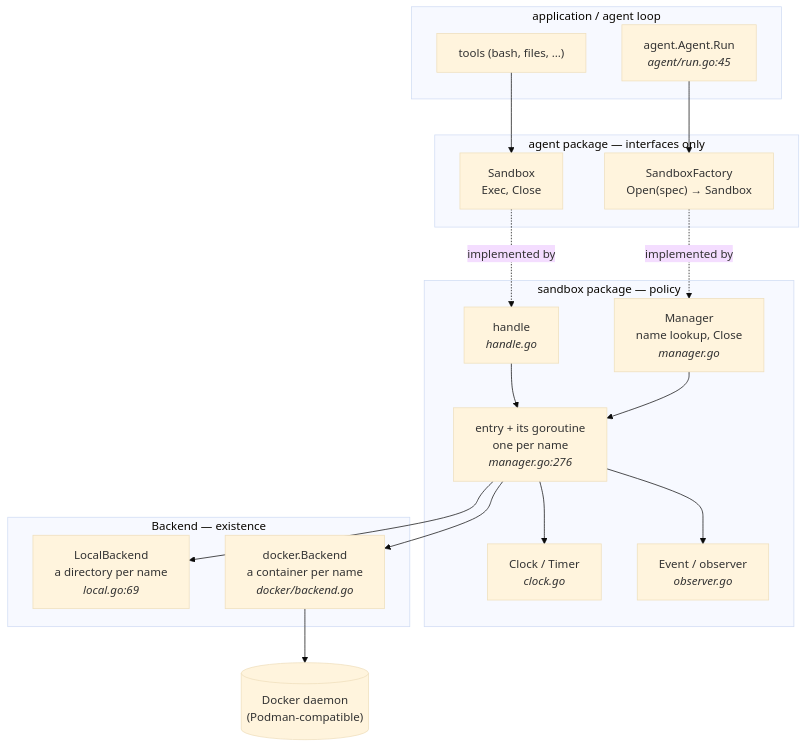
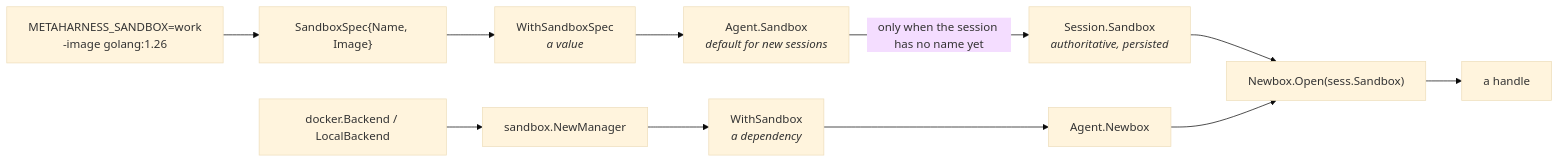
Before and after one commit to maikdotfi/metaharness: the first of 6 diagrams in docs/sandbox.md, drawn with Mermaid (base theme). The commit also changed other lines of this file, not shown here.

````diff
--- a/docs/sandbox.md
+++ b/docs/sandbox.md
@@ -24,37 +207,15 @@
 ```mermaid
-flowchart TB
-    subgraph app["application / agent loop"]
-        loop["agent.Agent.Run<br/><i>agent/run.go:45</i>"]
-        tools["tools (bash, files, …)"]
-    end
+flowchart LR
+    ENV["METAHARNESS_SANDBOX=work<br/>-image golang:1.26"] --> SPEC["SandboxSpec{Name, Image}"]
+    SPEC --> WSS["WithSandboxSpec<br/><i>a value</i>"]
+    WSS --> AS["Agent.Sandbox<br/><i>default for new sessions</i>"]
+    AS -->|"only when the session has no name yet"| SESS["Session.Sandbox<br/><i>authoritative, persisted</i>"]
 
-    subgraph iface["agent package — interfaces only"]
-        factory["SandboxFactory<br/>Open(spec) → Sandbox"]
-        sb["Sandbox<br/>Exec, Close"]
-    end
+    BK["docker.Backend / LocalBackend"] --> MGR["sandbox.NewManager"]
+    MGR --> WS["WithSandbox<br/><i>a dependency</i>"]
+    WS --> NB["Agent.Newbox"]
 
-    subgraph mgr["sandbox package — policy"]
-        handle["handle<br/><i>handle.go</i>"]
-        manager["Manager<br/>name lookup, Close<br/><i>manager.go</i>"]
-        entry["entry + its goroutine<br/>one per name<br/><i>manager.go:276</i>"]
-        clock["Clock / Timer<br/><i>clock.go</i>"]
-        obs["Event / observer<br/><i>observer.go</i>"]
-    end
-
-    subgraph back["Backend — existence"]
-        local["LocalBackend<br/>a directory per name<br/><i>local.go:69</i>"]
-        dock["docker.Backend<br/>a container per name<br/><i>docker/backend.go</i>"]
-    end
-
-    loop --> factory
-    tools --> sb
-    factory -.implemented by.-> manager
-    sb -.implemented by.-> handle
-    handle --> entry
-    manager --> entry
-    entry --> clock
-    entry --> obs
-    entry --> local
-    entry --> dock
-    dock --> daemon[("Docker daemon<br/>(Podman-compatible)")]
+    SESS --> OPEN["Newbox.Open(sess.Sandbox)"]
+    NB --> OPEN
+    OPEN --> H["a handle"]
 ```
````
